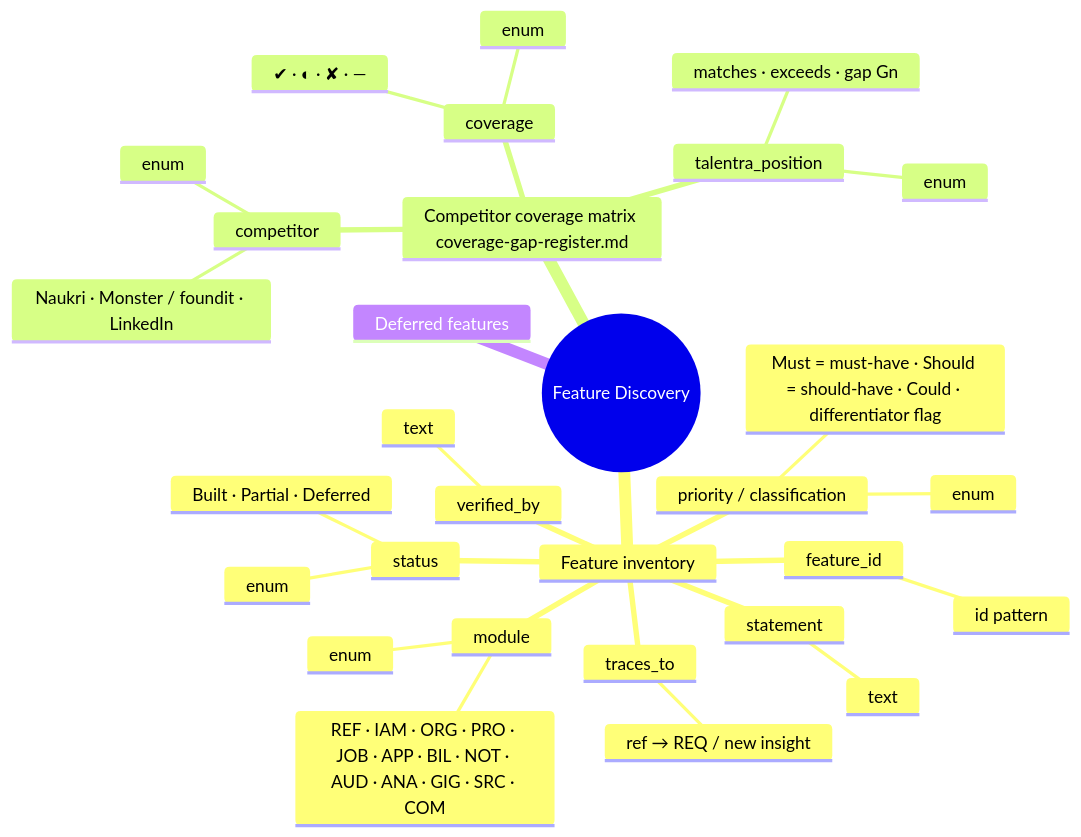
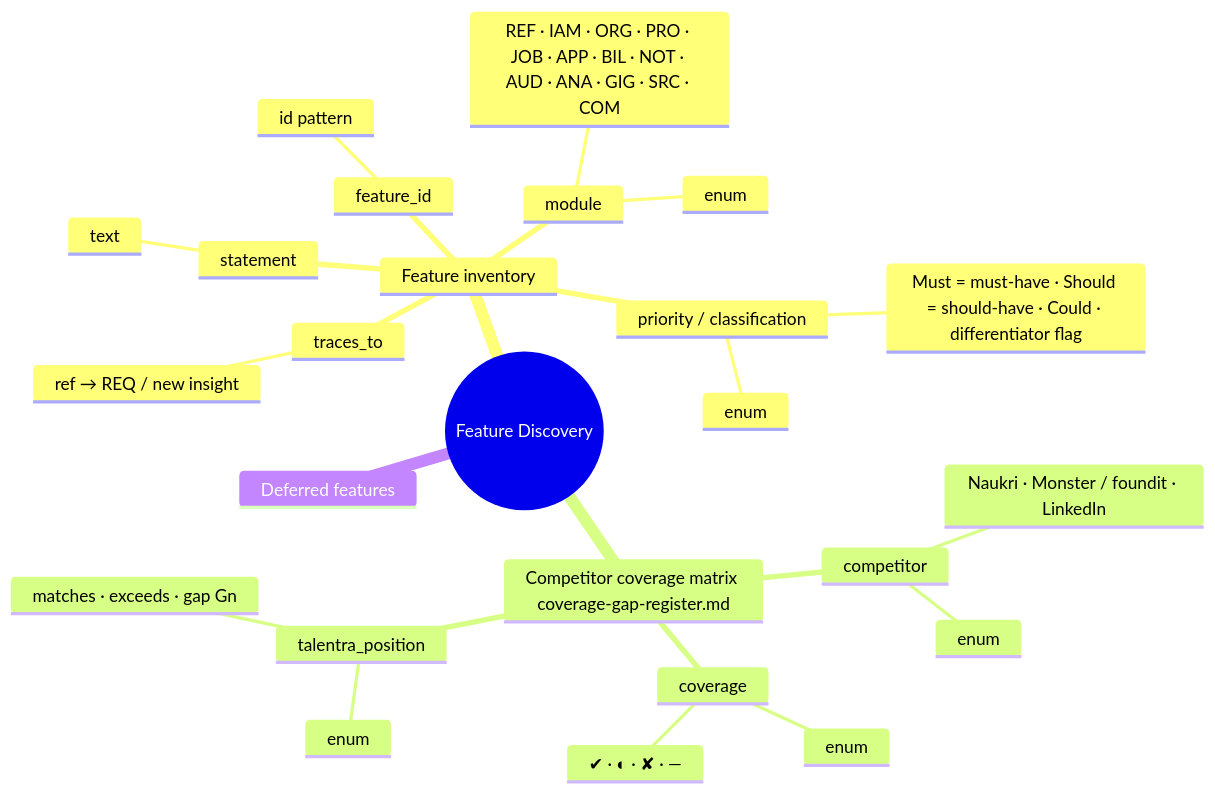
The third of 5 diagrams in v2/stage1/schema-trees.md (saivardhan9999/talentra), drawn with Mermaid before and after one commit. The commit also changed other lines of this file and 7 other files, not shown here.

````diff
--- a/v2/stage1/schema-trees.md
+++ b/v2/stage1/schema-trees.md
@@ -156,33 +156,28 @@
 ```mermaid
 mindmap
   root((Feature Discovery))
     Feature inventory
       feature_id
         id pattern
       statement
         text
       module
         REF · IAM · ORG · PRO · JOB · APP · BIL · NOT · AUD · ANA · GIG · SRC · COM
         enum
       priority / classification
         Must = must-have · Should = should-have · Could · differentiator flag
         enum
-      status
-        Built · Partial · Deferred
-        enum
-      verified_by
-        text
       traces_to
         ref → REQ / new insight
     Competitor coverage matrix coverage-gap-register.md
       competitor
         Naukri · Monster / foundit · LinkedIn
         enum
       coverage
         ✔ · ◐ · ✘ · —
         enum
       talentra_position
         matches · exceeds · gap Gn
         enum
     Deferred features
 ```
````
